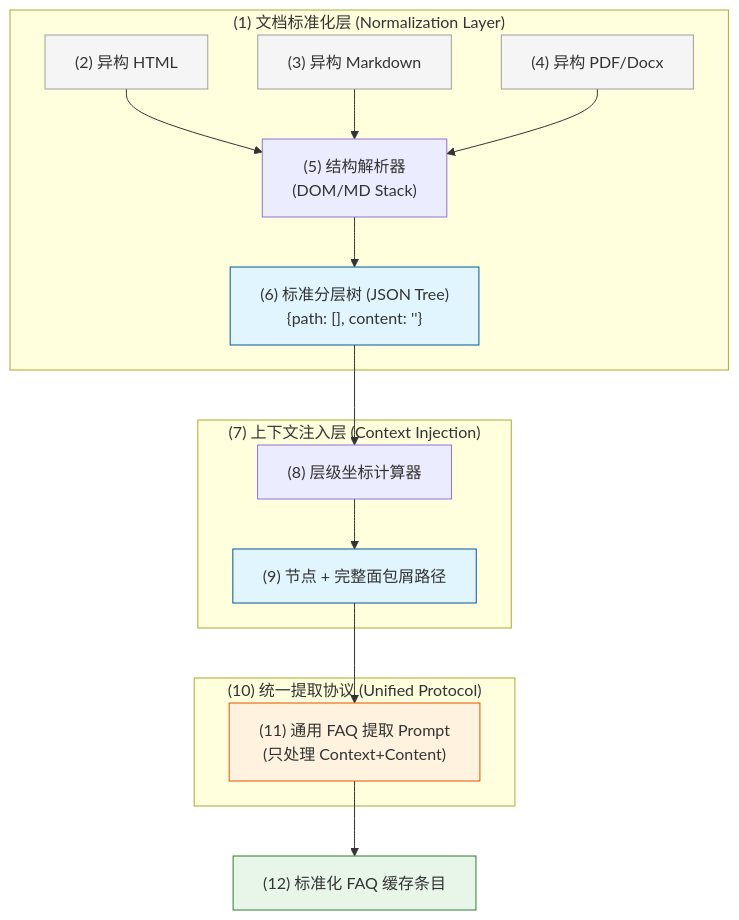
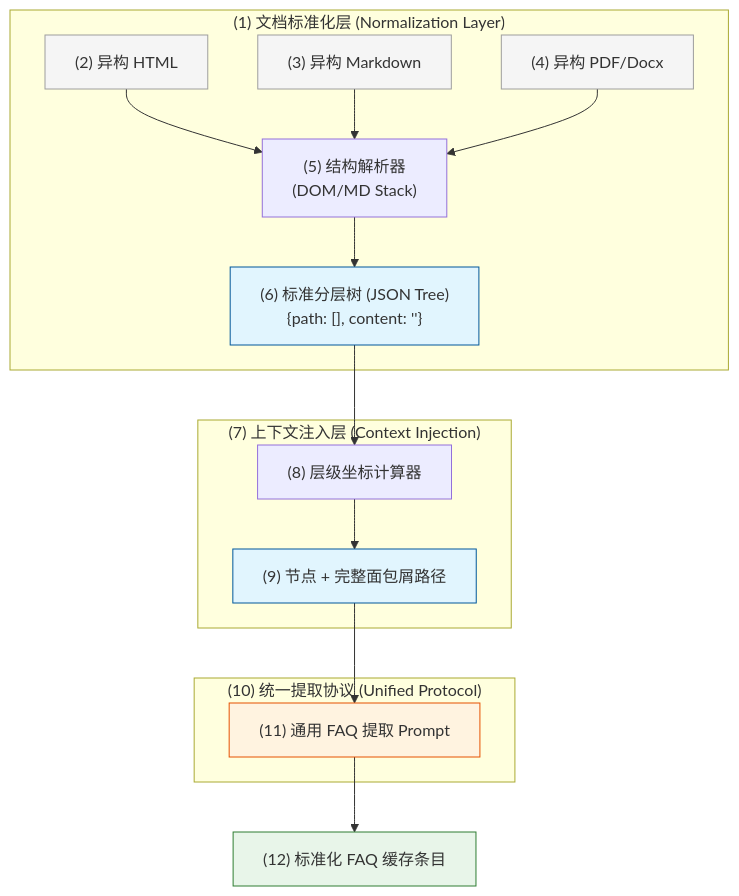
The tenth of 13 diagrams in docs/arch/faq-proactive-extraction-and-golden-cache.md (cute-spring/opencode-notes), drawn with Mermaid before and after one commit. The commit also changed other lines of this file and 1 other file, not shown here.

Commit message:
faq advance solution

````diff
--- a/docs/arch/faq-proactive-extraction-and-golden-cache.md
+++ b/docs/arch/faq-proactive-extraction-and-golden-cache.md
@@ -230,26 +1087,26 @@
 ```mermaid
 flowchart TD
     %% 样式定义
     classDef raw fill:#f5f5f5,stroke:#9e9e9e;
     classDef norm fill:#e1f5fe,stroke:#01579b;
     classDef logic fill:#fff3e0,stroke:#e65100;
     classDef output fill:#e8f5e9,stroke:#2e7d32;
 
     subgraph Doc_Normalization ["(1) 文档标准化层 (Normalization Layer)"]
         Raw_HTML["(2) 异构 HTML"]:::raw --> Parser["(5) 结构解析器<br/>(DOM/MD Stack)"]
         Raw_MD["(3) 异构 Markdown"]:::raw --> Parser
         Raw_PDF["(4) 异构 PDF/Docx"]:::raw --> Parser
         Parser --> Std_Tree["(6) 标准分层树 (JSON Tree)<br/>{path: [], content: ''}"]:::norm
     end
 
     subgraph Context_Injection ["(7) 上下文注入层 (Context Injection)"]
         Std_Tree --> Injector["(8) 层级坐标计算器"]
         Injector --> Node_Context["(9) 节点 + 完整面包屑路径"]:::norm
     end
 
     subgraph Unified_Extraction ["(10) 统一提取协议 (Unified Protocol)"]
-        Node_Context --> Global_Prompt["(11) 通用 FAQ 提取 Prompt<br/>(只处理 Context+Content)"]:::logic
+        Node_Context --> Global_Prompt["(11) 通用 FAQ 提取 Prompt"]:::logic
     end
 
     Global_Prompt --> Final_QA["(12) 标准化 FAQ 缓存条目"]:::output
 ```
````
